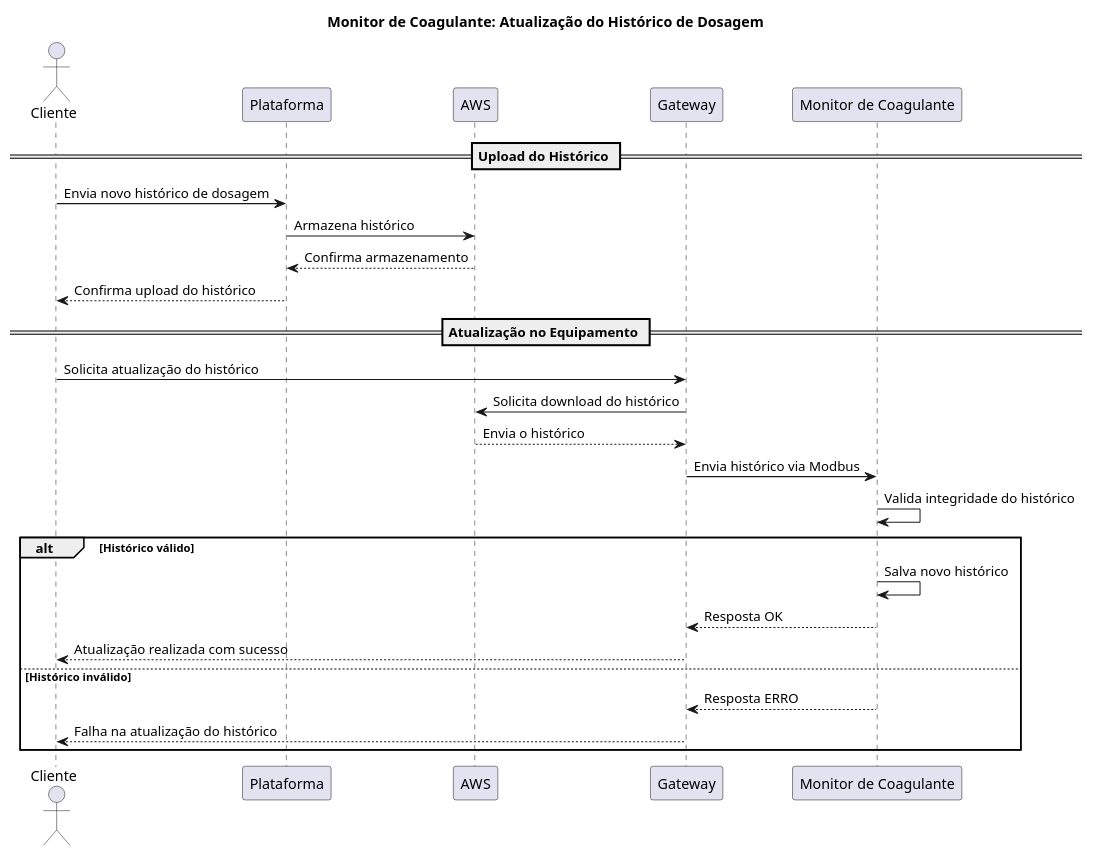
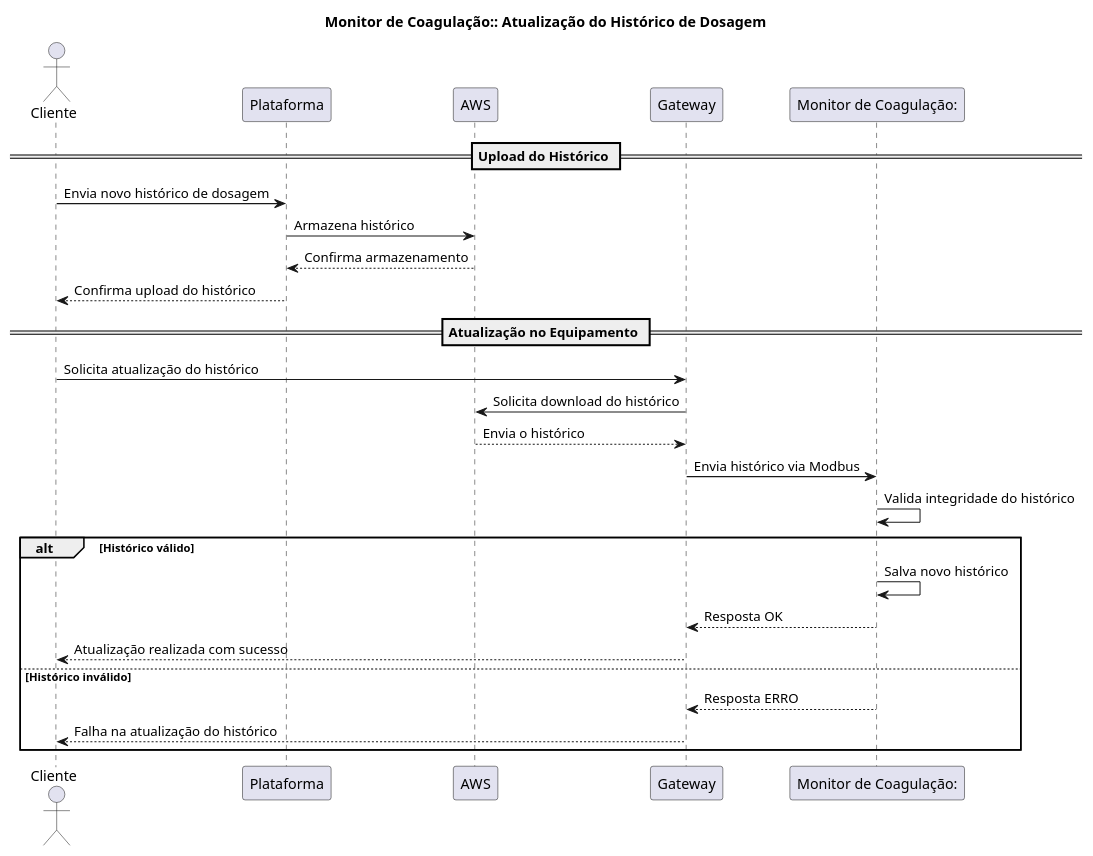
One commit to Monique-HidroSolo/plantuml changed the diagram in Documentação Monitor/Histórico de Dosagem.puml. Above: the diagram before and after it, drawn with PlantUML. The commit also changed 13 other files, not shown here.

```diff
--- a/Documentação Monitor/Histórico de Dosagem.puml
+++ b/Documentação Monitor/Histórico de Dosagem.puml
@@ -1,33 +1,33 @@
 @startuml
-title Monitor de Coagulante: Atualização do Histórico de Dosagem
+title Monitor de Coagulação:: Atualização do Histórico de Dosagem
 
 actor Cliente as C
 participant Plataforma as P
 participant AWS as AWS
 participant Gateway as GW
-participant "Monitor de Coagulante" as MC
+participant "Monitor de Coagulação:" as MC
 
 == Upload do Histórico ==
 C -> P: Envia novo histórico de dosagem
 P -> AWS: Armazena histórico
 AWS --> P: Confirma armazenamento
 P --> C: Confirma upload do histórico
 
 == Atualização no Equipamento ==
 C -> GW: Solicita atualização do histórico
 GW -> AWS: Solicita download do histórico
 AWS --> GW: Envia o histórico
 
 GW -> MC: Envia histórico via Modbus
 MC -> MC: Valida integridade do histórico
 
 alt Histórico válido
     MC -> MC: Salva novo histórico
     MC --> GW: Resposta OK
     GW --> C: Atualização realizada com sucesso
 else Histórico inválido
     MC --> GW: Resposta ERRO
     GW --> C: Falha na atualização do histórico
 end
 
 @enduml
```
